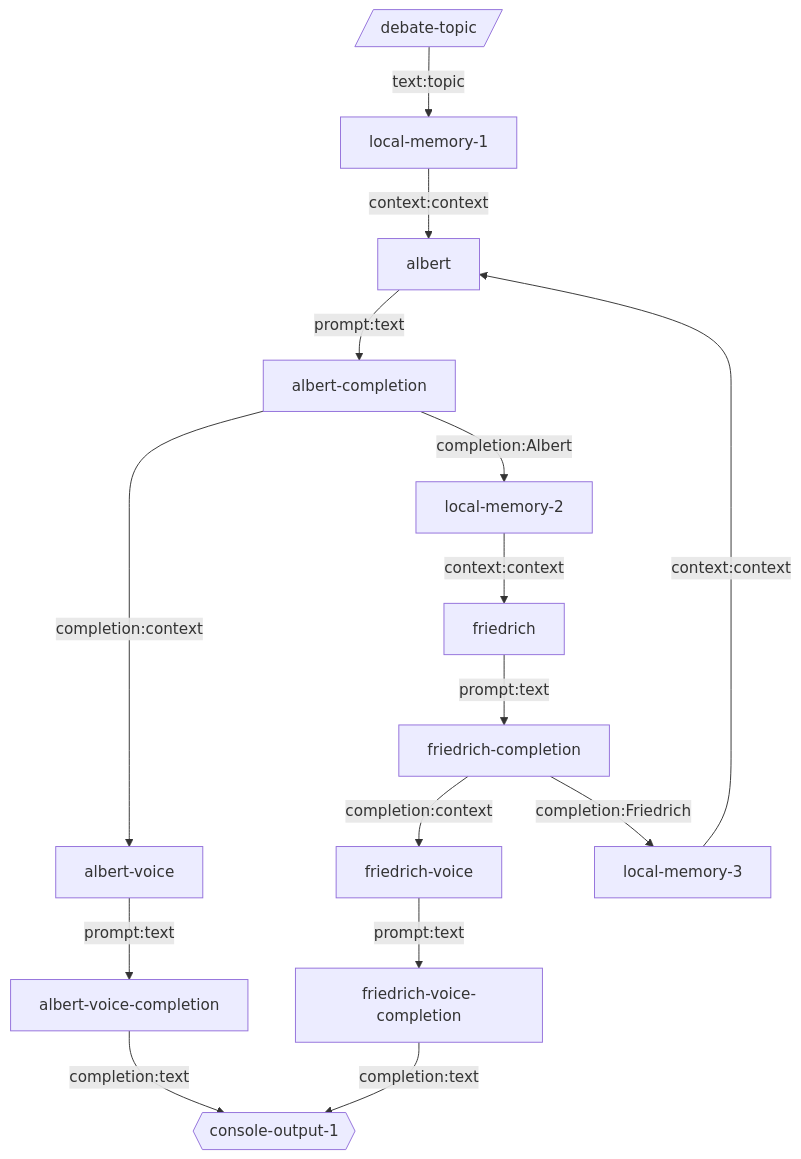
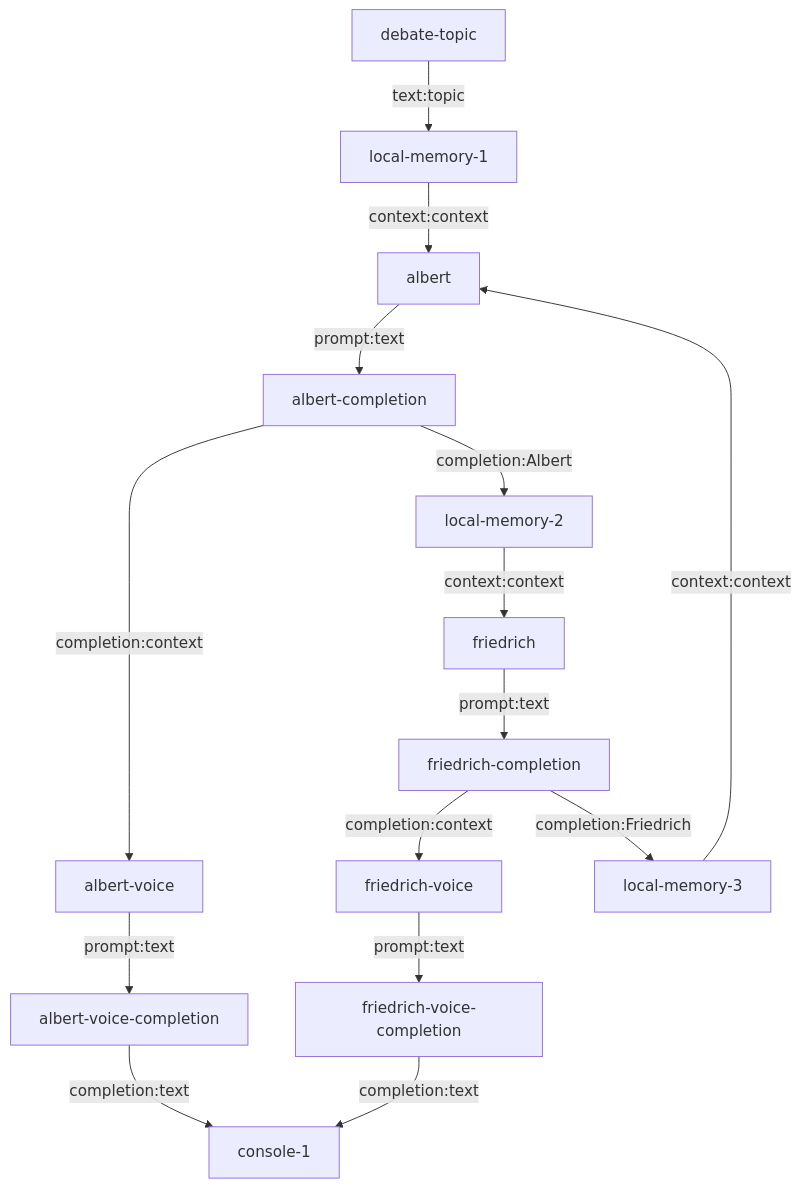
The diagram in seeds/graph-playground/docs/graphs/endless-debate-with-voice.md (breadboard-ai/breadboard), drawn with Mermaid before and after one commit. The commit also changed 22 other files, not shown here.

First line of the commit message:
[graph-playground] Renaming input and output.

````diff
--- a/seeds/graph-playground/docs/graphs/endless-debate-with-voice.md
+++ b/seeds/graph-playground/docs/graphs/endless-debate-with-voice.md
@@ -4,17 +4,17 @@
 ```mermaid
 graph TD;
-debate-topic[/debate-topic/] -- text:topic --> local-memory-1
+debate-topic -- text:topic --> local-memory-1
 local-memory-1 -- context:context --> albert
 albert -- prompt:text --> albert-completion
 albert-completion -- completion:context --> albert-voice
 albert-voice -- prompt:text --> albert-voice-completion
-albert-voice-completion -- completion:text --> console-output-1{{console-output-1}}
+albert-voice-completion -- completion:text --> console-1
 albert-completion -- completion:Albert --> local-memory-2
 local-memory-2 -- context:context --> friedrich
 friedrich -- prompt:text --> friedrich-completion
 friedrich-completion -- completion:context --> friedrich-voice
 friedrich-voice -- prompt:text --> friedrich-voice-completion
-friedrich-voice-completion -- completion:text --> console-output-1{{console-output-1}}
+friedrich-voice-completion -- completion:text --> console-1
 friedrich-completion -- completion:Friedrich --> local-memory-3
 local-memory-3 -- context:context --> albert
 ```
````
